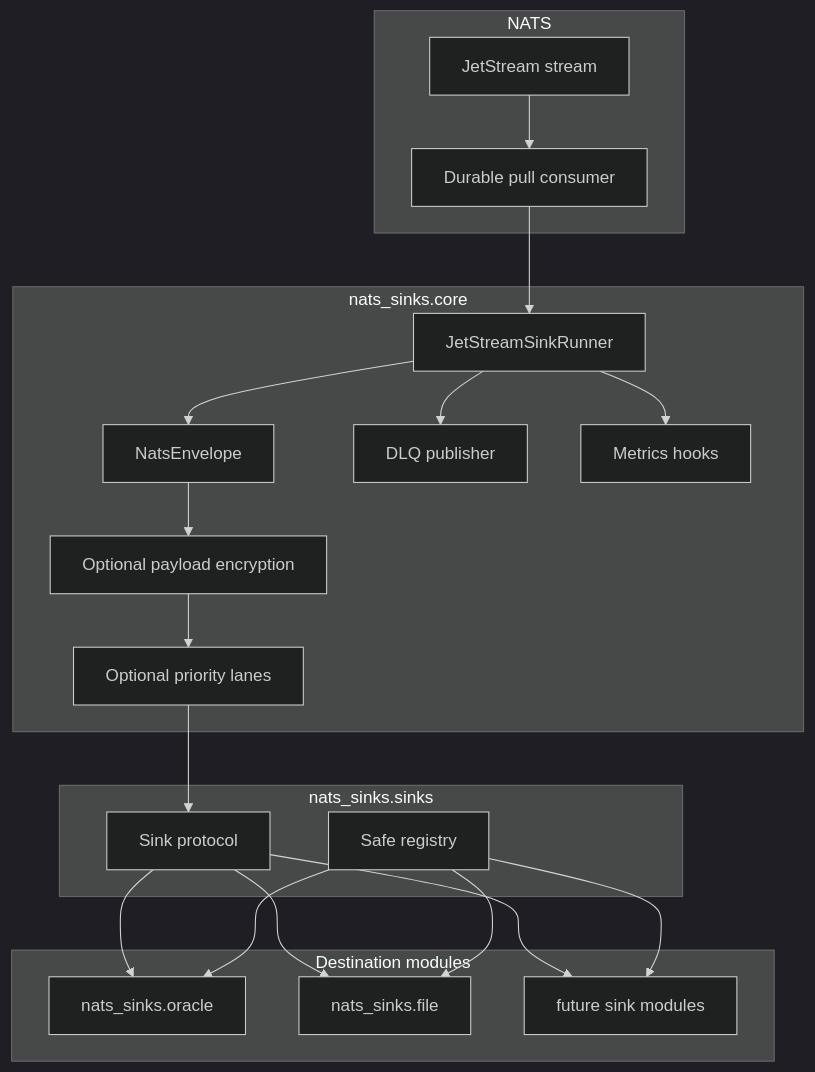
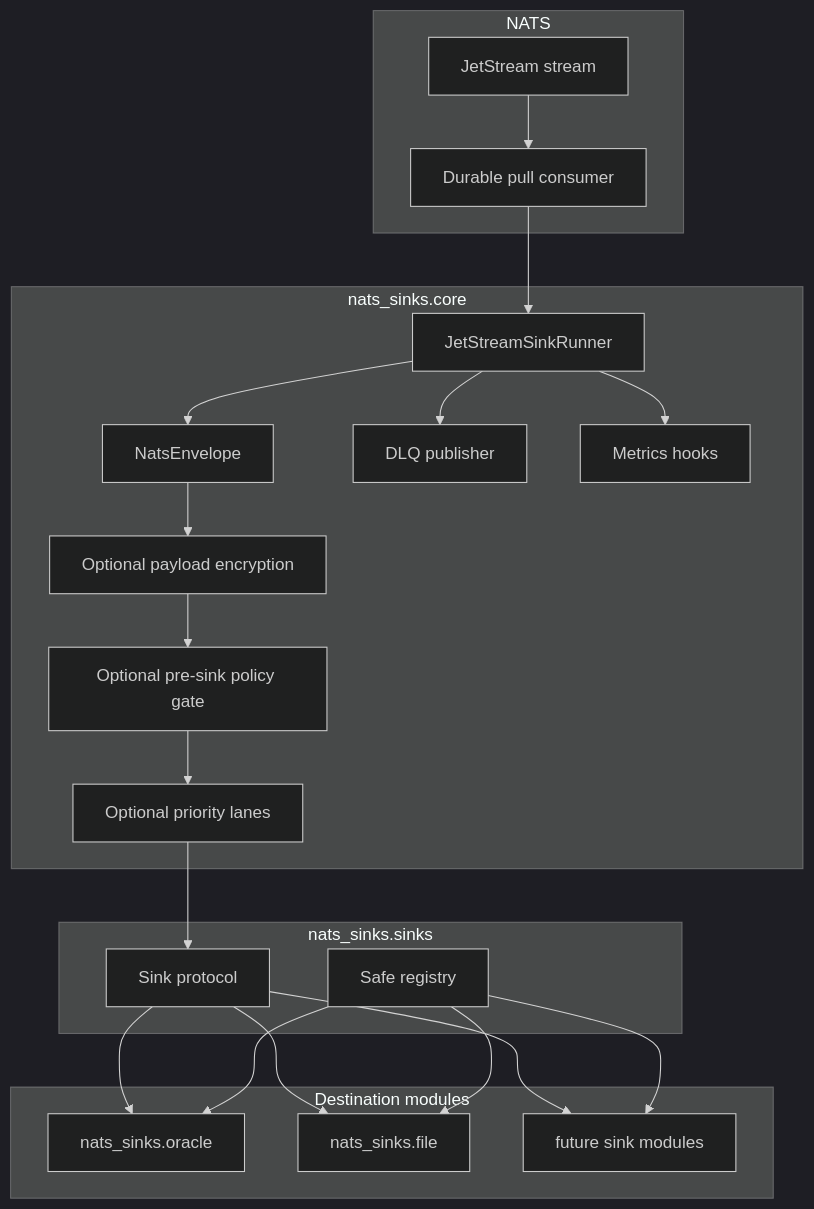
One commit to ProjectCuillin/nats-sinks changed the diagram in docs/architecture.md. Above: the diagram before and after it, drawn with Mermaid (dark theme). The commit also changed other lines of this file and 28 other files, not shown here.

Commit message:
Add pre-sink policy gate

````diff
--- a/docs/architecture.md
+++ b/docs/architecture.md
@@ -28,38 +28,39 @@
 ```mermaid
 flowchart TB
     subgraph NATS
         Stream[JetStream stream]
         Consumer[Durable pull consumer]
     end
 
     subgraph Core[nats_sinks.core]
         Runner[JetStreamSinkRunner]
         Envelope[NatsEnvelope]
         Encrypt[Optional payload encryption]
+        Policy[Optional pre-sink policy gate]
         Priority[Optional priority lanes]
         DLQ[DLQ publisher]
         Metrics[Metrics hooks]
     end
 
     subgraph Sinks[nats_sinks.sinks]
         Protocol[Sink protocol]
         Registry[Safe registry]
     end
 
     subgraph Destinations[Destination modules]
         Oracle[nats_sinks.oracle]
         File[nats_sinks.file]
         Future[future sink modules]
     end
 
     Stream --> Consumer --> Runner
-    Runner --> Envelope --> Encrypt --> Priority --> Protocol
+    Runner --> Envelope --> Encrypt --> Policy --> Priority --> Protocol
     Protocol --> Oracle
     Protocol --> File
     Protocol --> Future
     Runner --> DLQ
     Runner --> Metrics
     Registry --> Oracle
     Registry --> File
     Registry --> Future
 ```
````
